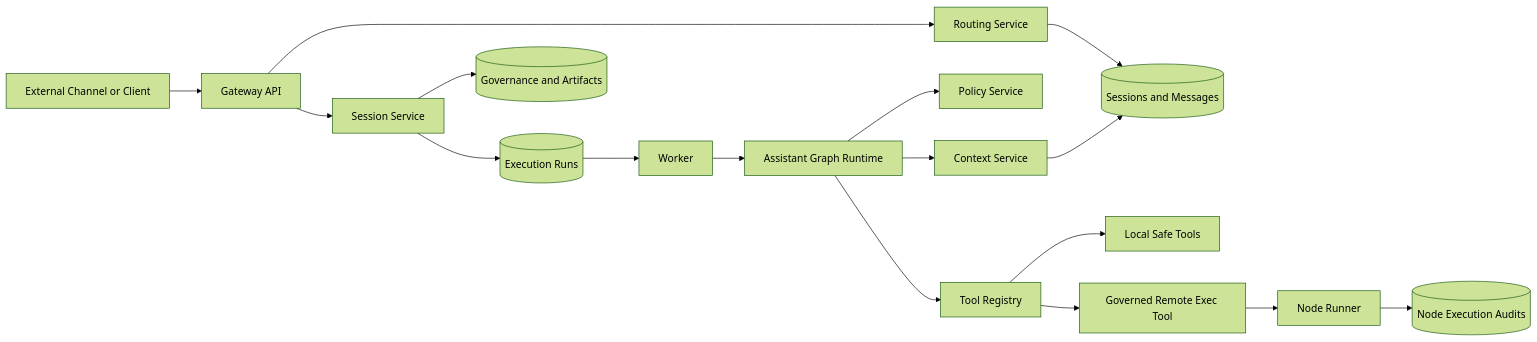
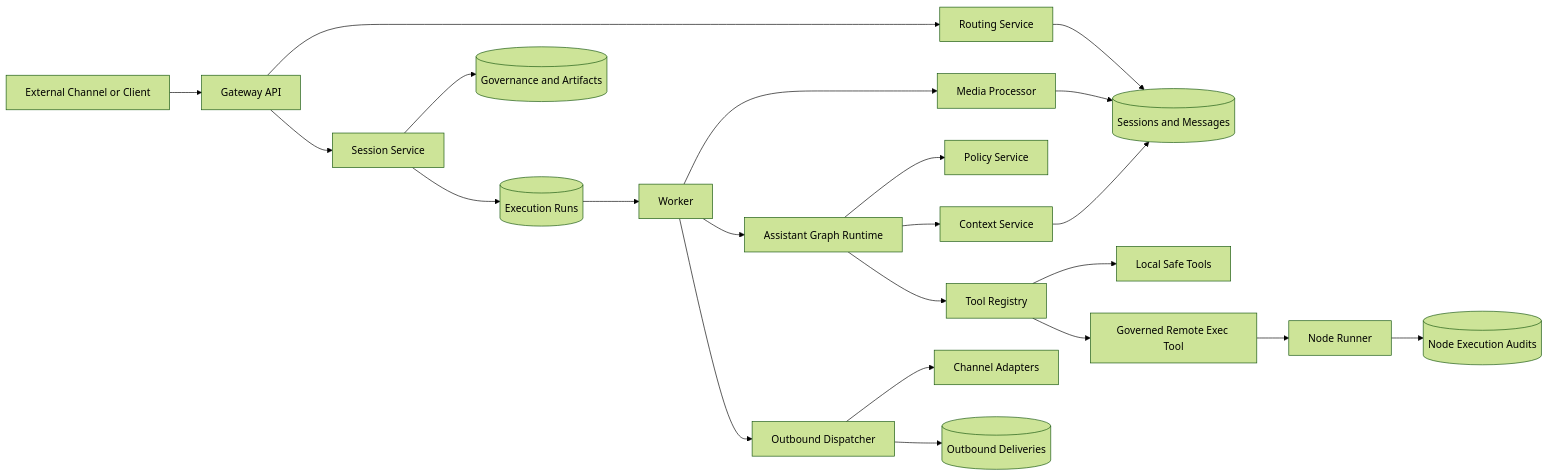
One commit to scott5252/python-claw changed the first of 4 diagrams in README.md. Above: the diagram before and after it, drawn with Mermaid (forest theme). The commit also changed other lines of this file and 34 other files, not shown here.

````diff
--- a/README.md
+++ b/README.md
@@ -74,19 +80,24 @@
 ```mermaid
 flowchart LR
     A[External Channel or Client] --> B[Gateway API]
     B --> C[Routing Service]
     C --> D[(Sessions and Messages)]
     B --> E[Session Service]
     E --> F[(Execution Runs)]
     F --> G[Worker]
-    G --> H[Assistant Graph Runtime]
-    H --> I[Policy Service]
-    H --> J[Tool Registry]
-    H --> K[Context Service]
-    K --> D
-    J --> L[Local Safe Tools]
-    J --> M[Governed Remote Exec Tool]
-    M --> N[Node Runner]
-    N --> O[(Node Execution Audits)]
-    E --> P[(Governance and Artifacts)]
+    G --> H[Media Processor]
+    H --> D
+    G --> I[Assistant Graph Runtime]
+    I --> J[Policy Service]
+    I --> K[Tool Registry]
+    I --> L[Context Service]
+    L --> D
+    K --> M[Local Safe Tools]
+    K --> N[Governed Remote Exec Tool]
+    N --> O[Node Runner]
+    O --> P[(Node Execution Audits)]
+    G --> Q[Outbound Dispatcher]
+    Q --> R[Channel Adapters]
+    Q --> S[(Outbound Deliveries)]
+    E --> T[(Governance and Artifacts)]
 ```
````
